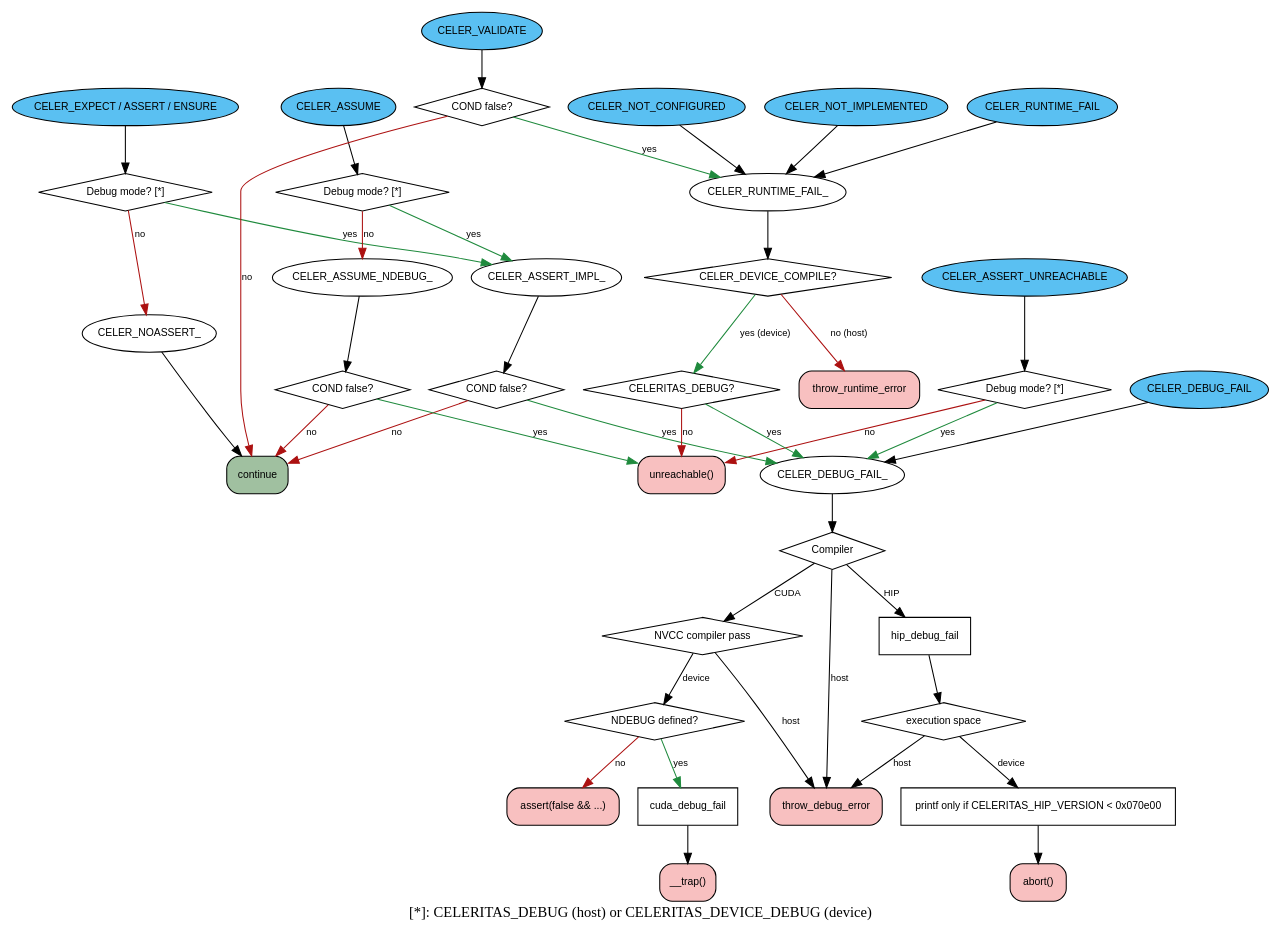
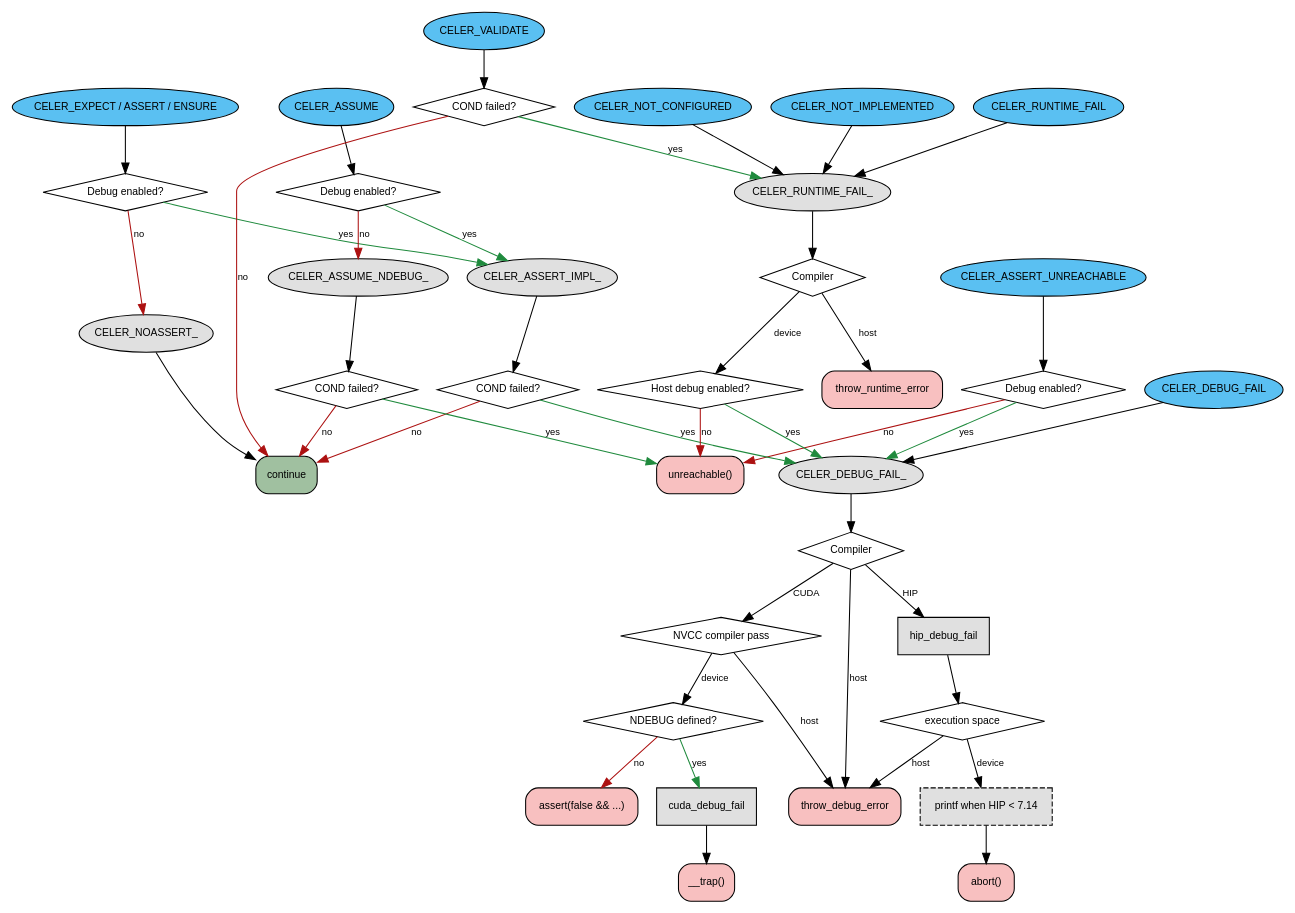
Before and after one commit to celeritas-project/celeritas: the diagram in doc/_input/assert.dot, drawn with Graphviz. The commit also changed 3 other files, not shown here.

```diff
--- a/doc/_input/assert.dot
+++ b/doc/_input/assert.dot
@@ -1,125 +1,127 @@
 digraph assertions {
     rankdir=TB;
     labelloc=b;
-    label="[*]: CELERITAS_DEBUG (host) or CELERITAS_DEVICE_DEBUG (device)";
     node [shape=box, fontname="Helvetica", fontsize=10];
     edge [fontname="Helvetica", fontsize=9];
 
     // ---------------- Public API macros ----------------
     subgraph {
         node [shape=oval, style="rounded,filled", fillcolor="#5ac0f2"];
         // label="Public macros"; style=dashed;
         ASSERT   [label="CELER_EXPECT / ASSERT / ENSURE"];
         ASSUME   [label="CELER_ASSUME"];
         AUNREACH [label="CELER_ASSERT_UNREACHABLE"];
         DFAIL    [label="CELER_DEBUG_FAIL"];
         VALIDATE [label="CELER_VALIDATE"];
         NOTCONF  [label="CELER_NOT_CONFIGURED"];
         NOTIMPL  [label="CELER_NOT_IMPLEMENTED"];
         RFAIL    [label="CELER_RUNTIME_FAIL"];
     }
 
     // ---------------- Terminal nodes ----------------
     subgraph {
         node [shape=box, style="rounded,filled", fillcolor="#f8c0c0"];
         THROW_DBG [label="throw_debug_error"];
         THROW_RT  [label="throw_runtime_error"];
         ASSERT_STOP [label="assert(false && ...)"];
         TRAP  [label="__trap()"];
         ABORT [label="abort()"];
         UNREACH_FN [label="unreachable()"];
         CONTINUE [label="continue", fillcolor="#a0c0a0"];
     }
 
 
     // ---------------- Internal macros ----------------
     subgraph {
-        node [shape=oval, style="rounded"];
+        node [shape=oval, style="rounded,filled", fillcolor="#e0e0e0"];
         IMPL [label="CELER_ASSERT_IMPL_"];
         NOASSERT_ [label="CELER_NOASSERT_"];
         ASSUME_NDEBUG [label="CELER_ASSUME_NDEBUG_"];
         DFAIL_ [label="CELER_DEBUG_FAIL_"];
         RFAIL_ [label="CELER_RUNTIME_FAIL_"];
     }
 
+    // ---------------- Internal functions ----------------
+    subgraph {
+        node [shape=box, style="filled", fillcolor="#e0e0e0"];
+        CUDA_DF [label="cuda_debug_fail"];
+        HIP_DF [label="hip_debug_fail"];
+        HIP_DEV [label="printf when HIP < 7.14", style="filled,dashed"];
+    }
 
     // ---------------- Debug-enabled switch ----------------
-    ASSERT_DBG [label="Debug mode? [*]", shape=diamond];
-    ASSUME_DBG [label="Debug mode? [*]", shape=diamond];
-    AUNREACH_DBG [label="Debug mode? [*]", shape=diamond];
+    ASSERT_DBG [label="Debug enabled?", shape=diamond];
+    ASSUME_DBG [label="Debug enabled?", shape=diamond];
+    AUNREACH_DBG [label="Debug enabled?", shape=diamond];
 
-    IMPL_COND [label="COND false?", shape=diamond];
-    IMPL_COND [label="COND false?", shape=diamond];
-    ASSUME_COND [label="COND false?", shape=diamond];
+    IMPL_COND [label="COND failed?", shape=diamond];
+    IMPL_COND [label="COND failed?", shape=diamond];
+    ASSUME_COND [label="COND failed?", shape=diamond];
 
     ASSERT -> ASSERT_DBG;
     ASSUME -> ASSUME_DBG;
     AUNREACH -> AUNREACH_DBG;
 
     ASSERT_DBG -> NOASSERT_ [color="#ac1111", label="no"];
     ASSERT_DBG -> IMPL [color="#1f8a3d", label="yes"];
     ASSUME_DBG -> ASSUME_NDEBUG [color="#ac1111", label="no"];
     ASSUME_DBG -> IMPL [color="#1f8a3d", label="yes"];
     AUNREACH_DBG -> UNREACH_FN [color="#ac1111", label="no"];
     AUNREACH_DBG -> DFAIL_ [color="#1f8a3d", label="yes"];
 
     IMPL -> IMPL_COND;
     IMPL_COND -> DFAIL_ [color="#1f8a3d", label="yes"];
     IMPL_COND -> CONTINUE [color="#ac1111", label="no"];
     ASSUME_NDEBUG -> ASSUME_COND;
     ASSUME_COND -> UNREACH_FN [color="#1f8a3d", label="yes"];
     ASSUME_COND -> CONTINUE [color="#ac1111", label="no"];
 
     NOASSERT_ -> CONTINUE
 
     // ---------------- Debug failure dispatch ----------------
-    CUDA_DF [label="cuda_debug_fail"];
-    HIP_DF [label="hip_debug_fail"];
-    HIP_DEV [label="printf only if CELERITAS_HIP_VERSION < 0x070e00"];
-
     PLAT [label="Compiler", shape=diamond];
     NVCC_PASS [label="NVCC compiler pass", shape=diamond];
     CUDA_NDBG [label="NDEBUG defined?", shape=diamond];
     HIP_COMP [label="execution space", shape=diamond];
 
     DFAIL -> DFAIL_;
     // DFAIL_ -> UNREACH_FN [label="(CELER_DEBUG_FAIL only)\nif it returns", style=dotted];
 
     DFAIL_ -> PLAT;
 
     PLAT -> NVCC_PASS [label="CUDA"];
     PLAT -> THROW_DBG [label="host"];
     PLAT -> HIP_DF  [label="HIP"];
 
     NVCC_PASS -> CUDA_NDBG [label="device"];
     NVCC_PASS -> THROW_DBG [label="host"];
 
     CUDA_NDBG -> ASSERT_STOP [color="#ac1111", label="no"];
     CUDA_NDBG -> CUDA_DF [color="#1f8a3d", label="yes"];
 
     CUDA_DF -> TRAP;
 
     HIP_DF -> HIP_COMP
     HIP_COMP -> THROW_DBG [label="host"];
     HIP_COMP -> HIP_DEV  [label="device"];
     HIP_DEV -> ABORT;
 
     // ---------------- Runtime failure dispatch ----------------
-    RDEV [label="CELER_DEVICE_COMPILE?", shape=diamond];
-    RDEV_DBG [label="CELERITAS_DEBUG?", shape=diamond];
-    VAL_COND [label="COND false?", shape=diamond];
+    RDEV [label="Compiler", shape=diamond];
+    RDEV_DBG [label="Host debug enabled?", shape=diamond];
+    VAL_COND [label="COND failed?", shape=diamond];
 
     VALIDATE -> VAL_COND
     VAL_COND -> RFAIL_ [color="#1f8a3d", label="yes"];
     VAL_COND -> CONTINUE [color="#ac1111", label="no"];
 
     NOTCONF -> RFAIL_;
     NOTIMPL -> RFAIL_;
     RFAIL -> RFAIL_;
 
     RFAIL_ -> RDEV;
-    RDEV -> THROW_RT [color="#ac1111", label="no (host)"];
-    RDEV -> RDEV_DBG [color="#1f8a3d", label="yes (device)"];
+    RDEV -> THROW_RT [label="host"];
+    RDEV -> RDEV_DBG [label="device"];
     RDEV_DBG -> DFAIL_ [color="#1f8a3d", label="yes"];
     RDEV_DBG -> UNREACH_FN [color="#ac1111", label="no"];
 }
```
